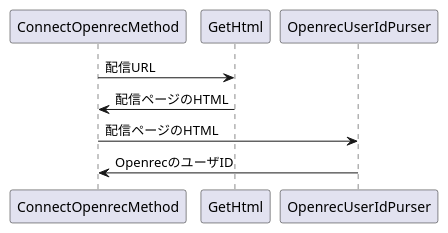
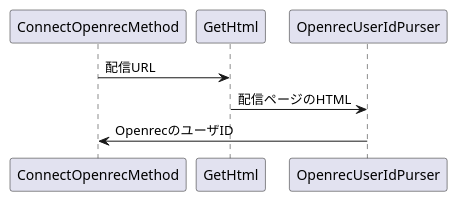
One commit to pikachu5551/MyCommentViewer changed the diagram in MyCommentViewer/blueprint/blueprint.pu. Above: the diagram before and after it, drawn with PlantUML. The commit also changed 4 other files, not shown here.

```diff
--- a/MyCommentViewer/blueprint/blueprint.pu
+++ b/MyCommentViewer/blueprint/blueprint.pu
@@ -1,6 +1,5 @@
 @startuml ConnectOpenrec
 ConnectOpenrecMethod -> GetHtml : 配信URL
-GetHtml -> ConnectOpenrecMethod : 配信ページのHTML
-ConnectOpenrecMethod -> OpenrecUserIdPurser : 配信ページのHTML
+GetHtml -> OpenrecUserIdPurser : 配信ページのHTML
 OpenrecUserIdPurser -> ConnectOpenrecMethod : OpenrecのユーザID
 @enduml
```
